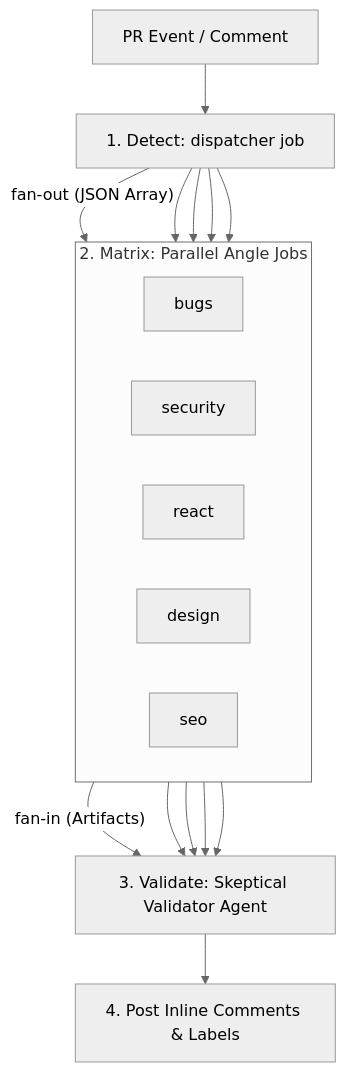
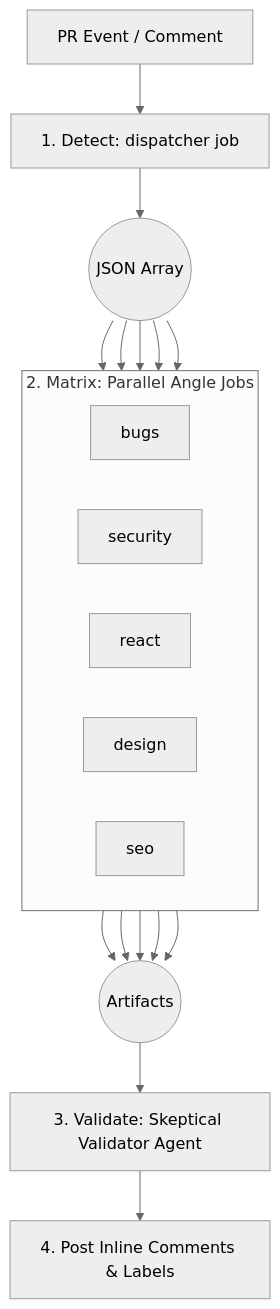
Before and after one commit to howarewoo/woo-review: the diagram in README.md, drawn with Mermaid (neutral theme).

Commit message:
docs: restructure mermaid diagram with intermediary hand-off nodes

````diff
--- a/README.md
+++ b/README.md
@@ -13,27 +13,30 @@
 ```mermaid
 graph TD
     Trigger[PR Event / Comment] --> Detect[1. Detect: dispatcher job]
     
-    Detect -- "fan-out (JSON Array)" --> Angle_Bugs
-    Detect --> Angle_Security
-    Detect --> Angle_React
-    Detect --> Angle_Design
-    Detect --> Angle_SEO
+    Detect --> JSON_Array((JSON Array))
+    
+    JSON_Array --> Angle_Bugs
+    JSON_Array --> Angle_Security
+    JSON_Array --> Angle_React
+    JSON_Array --> Angle_Design
+    JSON_Array --> Angle_SEO
 
     subgraph Parallel_Audits [2. Matrix: Parallel Angle Jobs]
         direction LR
         Angle_Bugs[bugs]
         Angle_Security[security]
         Angle_React[react]
         Angle_Design[design]
         Angle_SEO[seo]
     end
     
-    Angle_Bugs -- "fan-in (Artifacts)" --> Validate
-    Angle_Security --> Validate
-    Angle_React --> Validate
-    Angle_Design --> Validate
-    Angle_SEO --> Validate
+    Angle_Bugs --> Artifacts((Artifacts))
+    Angle_Security --> Artifacts
+    Angle_React --> Artifacts
+    Angle_Design --> Artifacts
+    Angle_SEO --> Artifacts
 
-    Validate[3. Validate: Skeptical Validator Agent] --> Post[4. Post Inline Comments & Labels]
+    Artifacts --> Validate[3. Validate: Skeptical Validator Agent]
+    Validate --> Post[4. Post Inline Comments & Labels]
 ```
````
